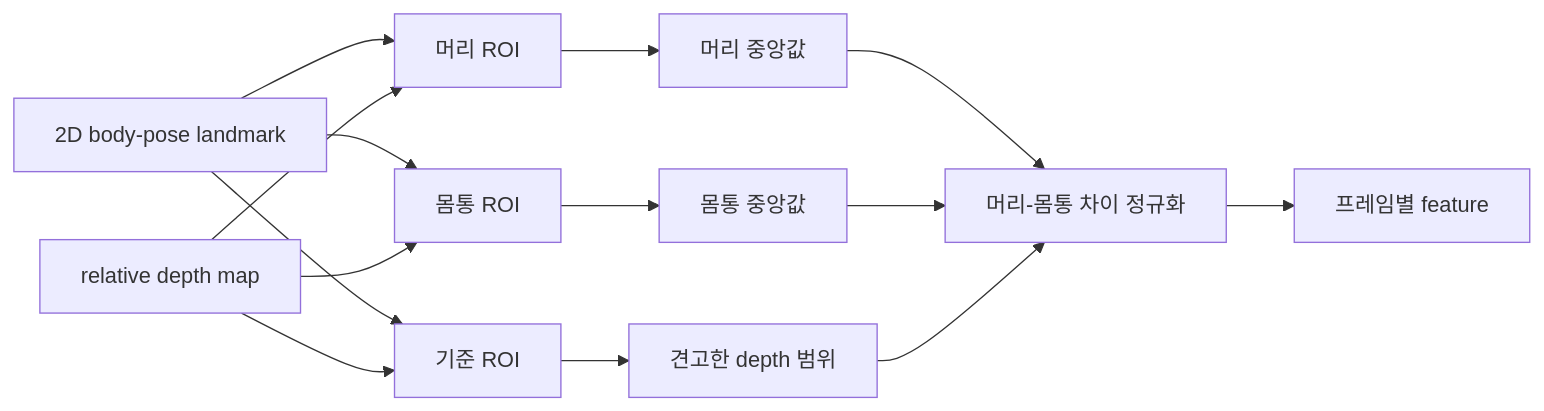
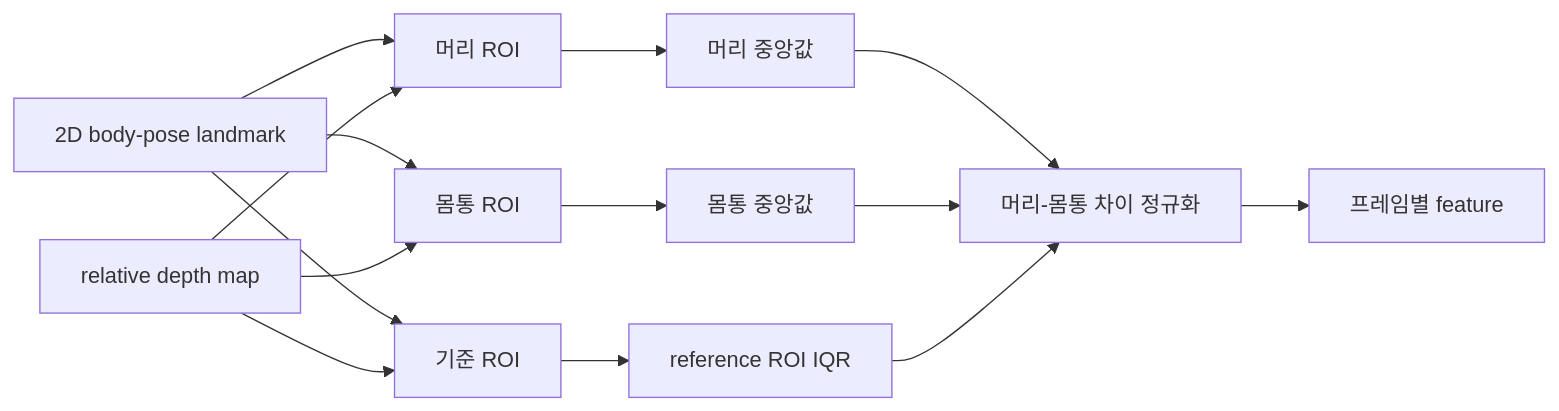
Before and after one commit to kimchanhyung98/turtlemeck: the second of 4 diagrams in docs/algorithm/posture-analysis-workflow.md, drawn with Mermaid. The commit also changed other lines of this file and 84 other files, not shown here.

````diff
--- a/docs/algorithm/posture-analysis-workflow.md
+++ b/docs/algorithm/posture-analysis-workflow.md
@@ -211,16 +277,16 @@
 ```mermaid
 flowchart LR
     LANDMARK["2D body-pose landmark"] --> HEAD["머리 ROI"]
     LANDMARK --> TORSO["몸통 ROI"]
     LANDMARK --> REF["기준 ROI"]
     DEPTH["relative depth map"] --> HEAD
     DEPTH --> TORSO
     DEPTH --> REF
     HEAD --> HM["머리 중앙값"]
     TORSO --> TM["몸통 중앙값"]
-    REF --> SCALE["견고한 depth 범위"]
+    REF --> SCALE["reference ROI IQR"]
     HM --> NORMALIZE["머리-몸통 차이 정규화"]
     TM --> NORMALIZE
     SCALE --> NORMALIZE
     NORMALIZE --> FEATURE["프레임별 feature"]
 ```
````
